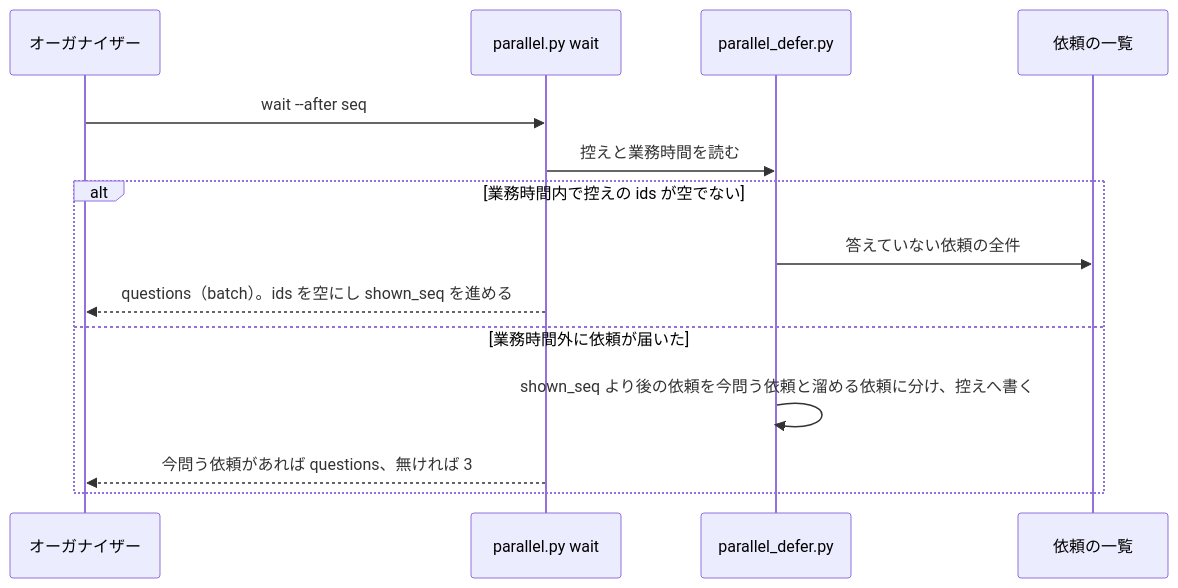
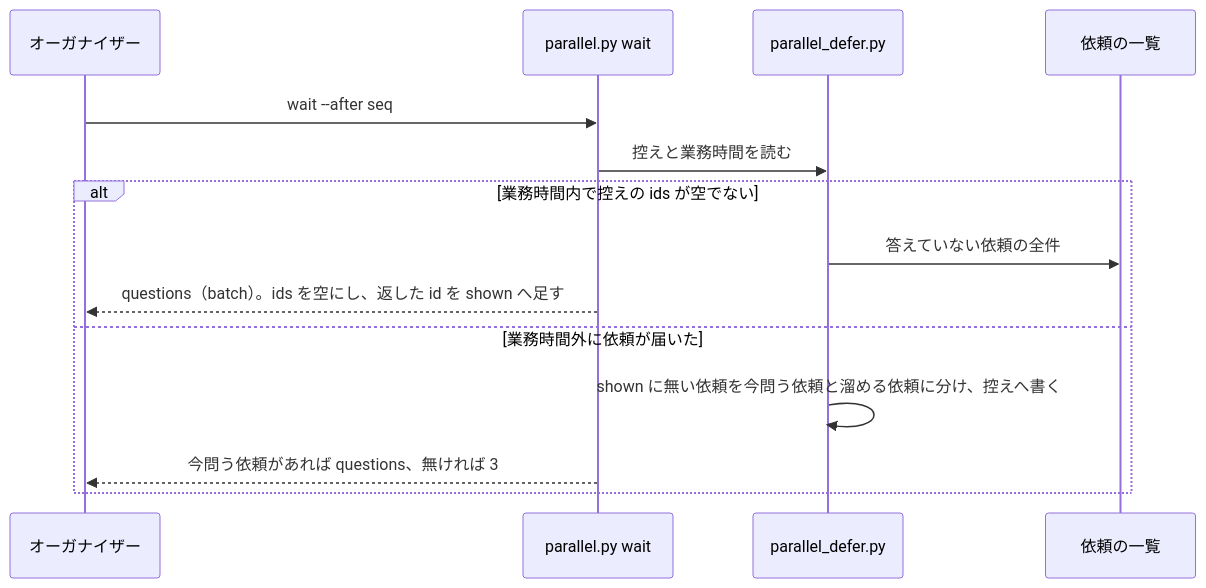
Before and after one commit to devbasex/ai-plugins: the fourth of 5 diagrams in issues/issue-2913-design.md, drawn with Mermaid. The commit also changed other lines of this file, not shown here.

First line of the commit message:
Docs: #2913 の設計で、示し済みの依頼を seq でなく id の集合で判定する

````diff
--- a/issues/issue-2913-design.md
+++ b/issues/issue-2913-design.md
@@ -361,16 +363,16 @@
 ```mermaid
 sequenceDiagram
   participant O as オーガナイザー
   participant W as parallel.py wait
   participant D as parallel_defer.py
   participant Q as 依頼の一覧
   O->>W: wait --after seq
   W->>D: 控えと業務時間を読む
   alt 業務時間内で控えの ids が空でない
     D->>Q: 答えていない依頼の全件
-    W-->>O: questions（batch）。ids を空にし shown_seq を進める
+    W-->>O: questions（batch）。ids を空にし、返した id を shown へ足す
   else 業務時間外に依頼が届いた
-    D->>D: shown_seq より後の依頼を今問う依頼と溜める依頼に分け、控えへ書く
+    D->>D: shown に無い依頼を今問う依頼と溜める依頼に分け、控えへ書く
     W-->>O: 今問う依頼があれば questions、無ければ 3
   end
 ```
````
